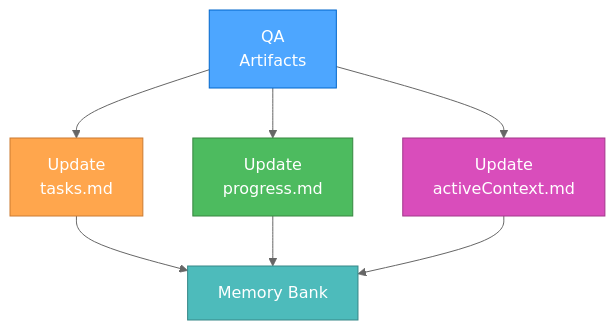
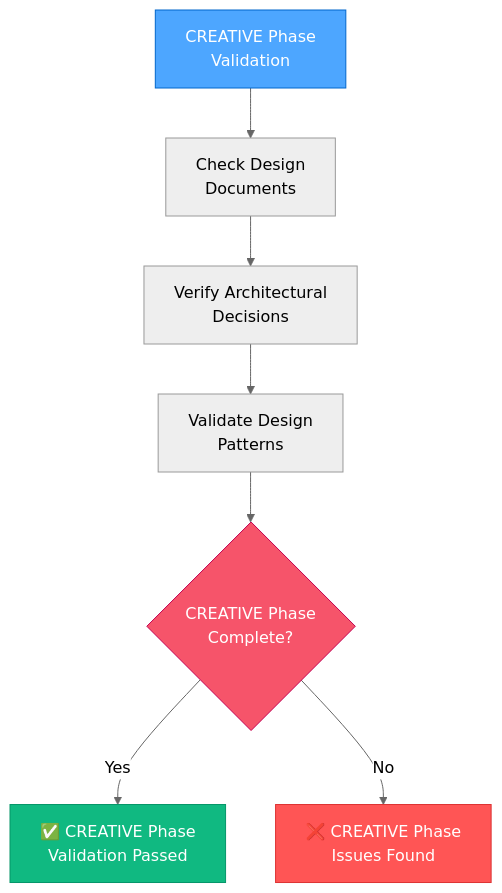
The eighth of 10 diagrams in .cursor/rules/isolation_rules/visual-maps/qa-mode-map.mdc (ubranch/shotgun), drawn with Mermaid (neutral theme) before and after one commit. The commit also changed other lines of this file and 81 other files, not shown here.

Commit message:
feat: introduce new creative and implementation modes; enhance memory bank structure with detailed context documentation and visual process maps for improved workflow management

````diff
--- a/.cursor/rules/isolation_rules/visual-maps/qa-mode-map.mdc
+++ b/.cursor/rules/isolation_rules/visual-maps/qa-mode-map.mdc
@@ -59,16 +195,15 @@
 ```mermaid
 graph TD
-    QA["QA<br>Artifacts"] --> Tasks["Update<br>tasks.md"]
-    QA --> Progress["Update<br>progress.md"]
-    QA --> Active["Update<br>activeContext.md"]
+    CREATIVE["CREATIVE Phase<br>Validation"] --> DesignCheck["Check Design<br>Documents"]
+    DesignCheck --> ArchCheck["Verify Architectural<br>Decisions"]
+    ArchCheck --> PatternCheck["Validate Design<br>Patterns"]
     
-    Tasks --> MB["Memory Bank"]
-    Progress --> MB
-    Active --> MB
+    PatternCheck --> CREATIVEConsistency{"CREATIVE Phase<br>Complete?"}
+    CREATIVEConsistency -->|"Yes"| PassCREATIVE["✅ CREATIVE Phase<br>Validation Passed"]
+    CREATIVEConsistency -->|"No"| FailCREATIVE["❌ CREATIVE Phase<br>Issues Found"]
     
-    style QA fill:#4da6ff,stroke:#0066cc,color:white
-    style Tasks fill:#ffa64d,stroke:#cc7a30,color:white
-    style Progress fill:#4dbb5f,stroke:#36873f,color:white
-    style Active fill:#d94dbb,stroke:#a3378a,color:white
-    style MB fill:#4dbbbb,stroke:#368787,color:white
+    style CREATIVE fill:#4da6ff,stroke:#0066cc,color:white
+    style CREATIVEConsistency fill:#f6546a,stroke:#c30052,color:white
+    style PassCREATIVE fill:#10b981,stroke:#059669,color:white
+    style FailCREATIVE fill:#ff5555,stroke:#dd3333,color:white
 ```
````
